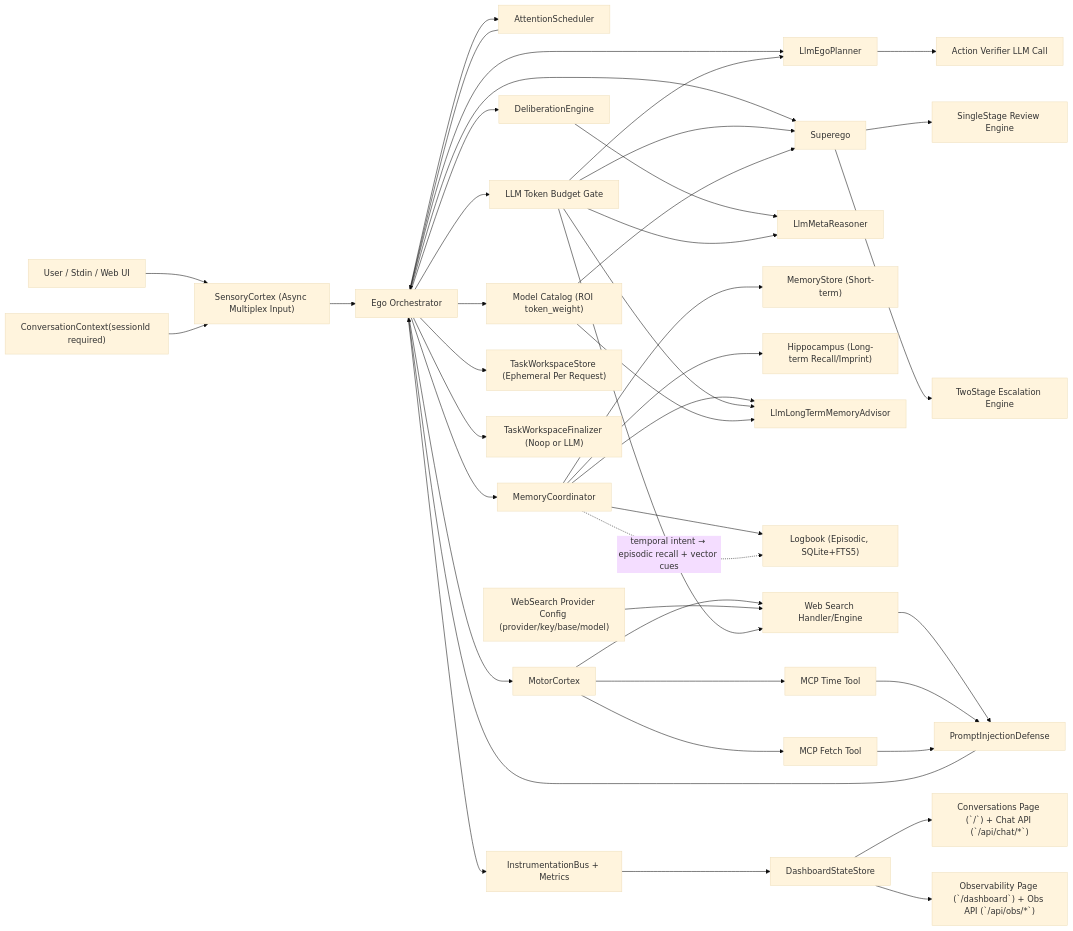
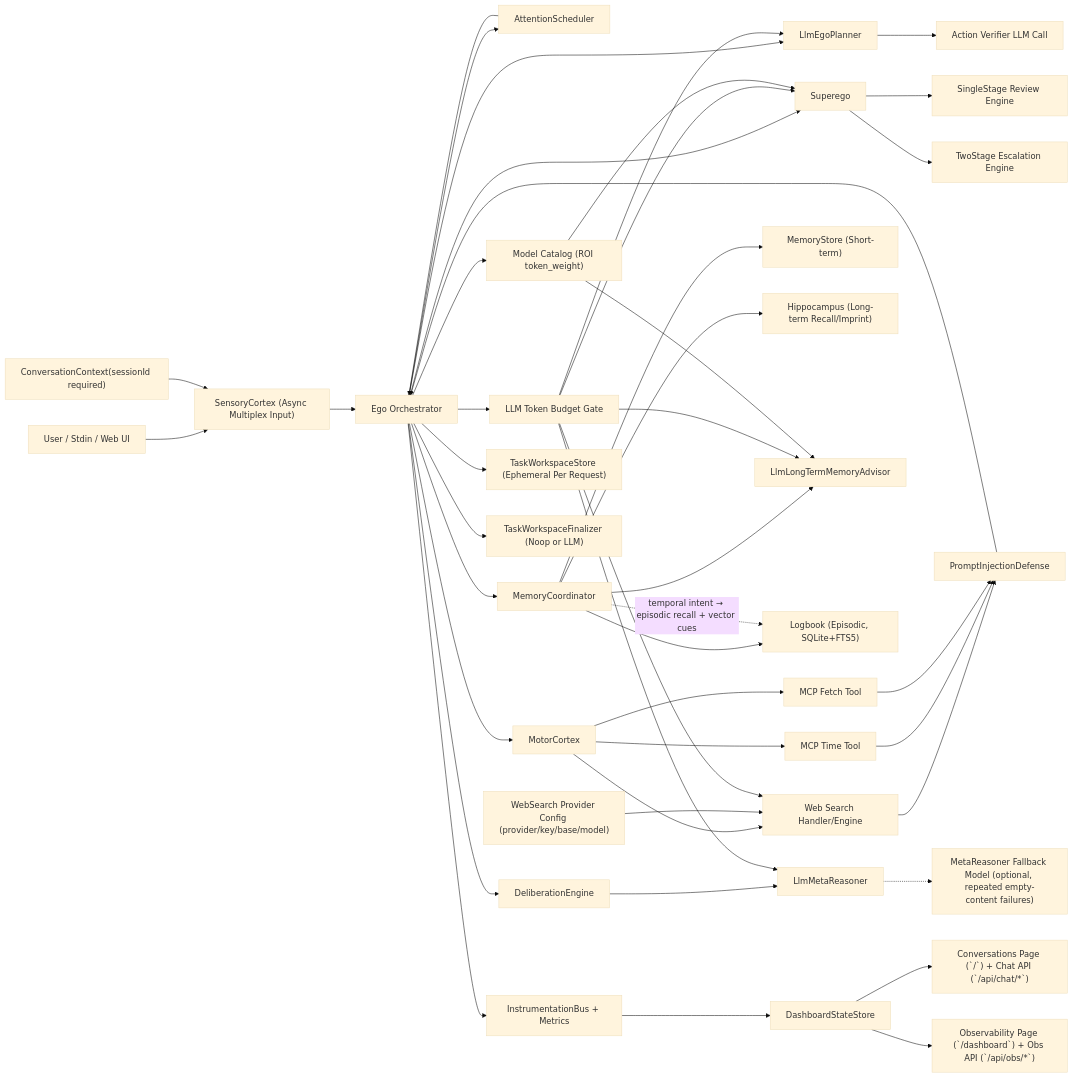
The first of 6 diagrams in AGENT_LOGIC_DIAGRAM.md (neopsyke/NeoPsyke), drawn with Mermaid (base theme) before and after one commit. The commit also changed other lines of this file and 26 other files, not shown here.

Commit message:
Add structured outputs, meta fallback routing, and breaker transport-failure handling

````diff
--- a/AGENT_LOGIC_DIAGRAM.md
+++ b/AGENT_LOGIC_DIAGRAM.md
@@ -8,52 +8,53 @@
 ```mermaid
 flowchart LR
     U["User / Stdin / Web UI"] --> SC["SensoryCortex (Async Multiplex Input)"]
     SC --> E["Ego Orchestrator"]
     NoteCtx["ConversationContext(sessionId required)"] --> SC
 
     E --> AS["AttentionScheduler"]
     AS --> E
 
     E --> P["LlmEgoPlanner"]
     P --> AV["Action Verifier LLM Call"]
     E --> S["Superego"]
     S --> S1["SingleStage Review Engine"]
     S --> S2["TwoStage Escalation Engine"]
     E --> M["MotorCortex"]
     E --> BG["LLM Token Budget Gate"]
     E --> MCat["Model Catalog (ROI token_weight)"]
 
     E --> DE["DeliberationEngine"]
     DE --> MR["LlmMetaReasoner"]
+    MR -.-> MRF["MetaReasoner Fallback Model (optional, repeated empty-content failures)"]
 
     E --> MC["MemoryCoordinator"]
     MC --> MS["MemoryStore (Short-term)"]
     MC --> H["Hippocampus (Long-term Recall/Imprint)"]
     MC --> LTM["LlmLongTermMemoryAdvisor"]
     MC --> LB["Logbook (Episodic, SQLite+FTS5)"]
     MC -.->|"temporal intent → episodic recall + vector cues"| LB
     E --> TWS["TaskWorkspaceStore (Ephemeral Per Request)"]
     E --> TWF["TaskWorkspaceFinalizer (Noop or LLM)"]
 
     M --> WS["Web Search Handler/Engine"]
     CfgWS["WebSearch Provider Config (provider/key/base/model)"] --> WS
     M --> MT["MCP Time Tool"]
     M --> MF["MCP Fetch Tool"]
     WS --> PID["PromptInjectionDefense"]
     MT --> PID
     MF --> PID
     PID --> E
 
     BG --> P
     BG --> S
     BG --> MR
     BG --> LTM
     BG --> WS
     MCat --> S
     MCat --> LTM
 
     E --> I["InstrumentationBus + Metrics"]
     I --> DS["DashboardStateStore"]
     DS --> CP["Conversations Page (`/`) + Chat API (`/api/chat/*`)"]
     DS --> OP["Observability Page (`/dashboard`) + Obs API (`/api/obs/*`)"]
 ```
````
